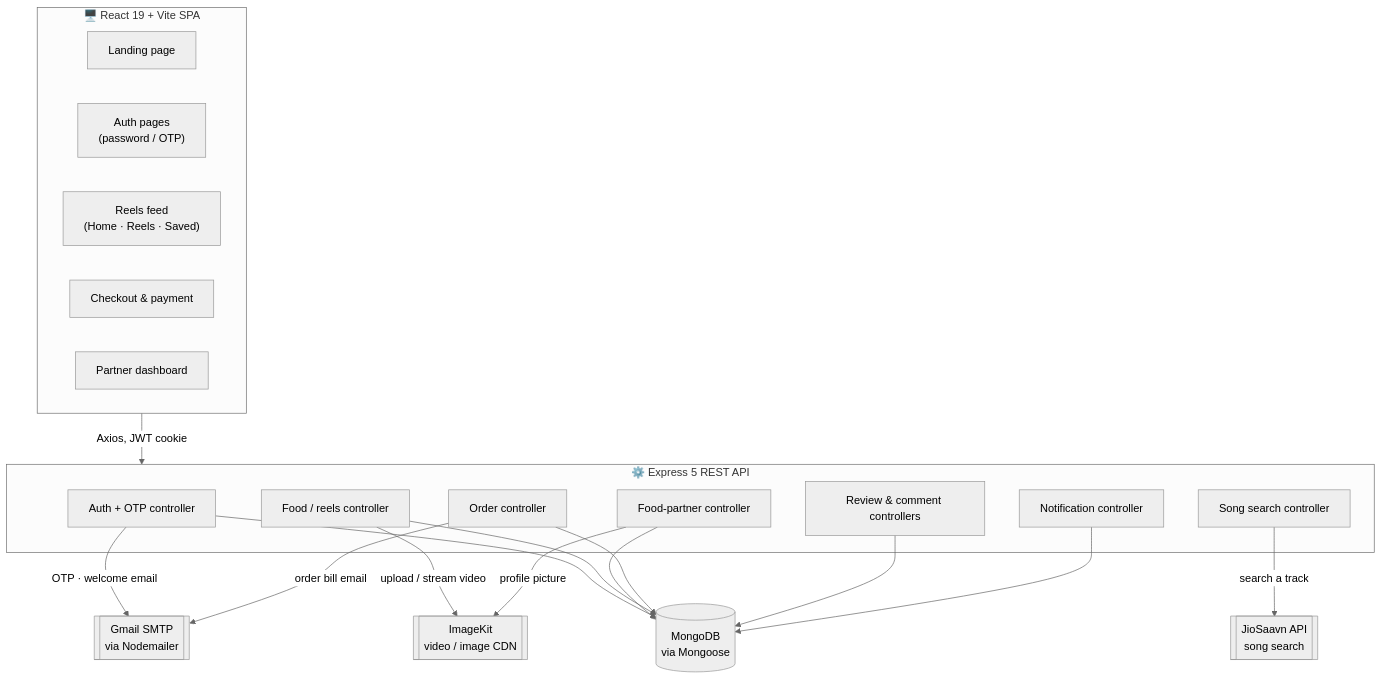
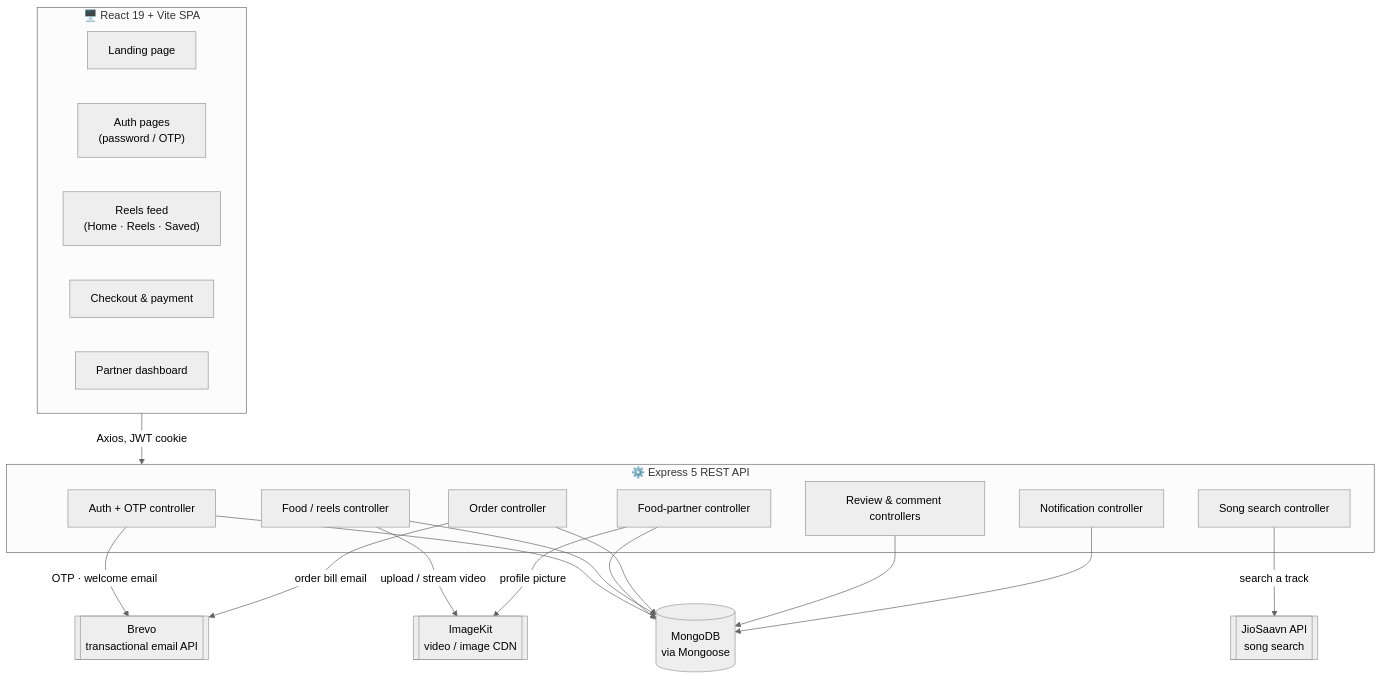
One commit to titoo9201/ZomaFeeds changed the first of 4 diagrams in README.md. Above: the diagram before and after it, drawn with Mermaid (neutral theme). The commit also changed other lines of this file and 4 other files, not shown here.

````diff
--- a/README.md
+++ b/README.md
@@ -117,38 +117,38 @@
 ```mermaid
 flowchart TD
     subgraph Client["🖥️ React 19 + Vite SPA"]
         Landing["Landing page"]
         Auth["Auth pages<br/>(password / OTP)"]
         Reels["Reels feed<br/>(Home · Reels · Saved)"]
         Checkout["Checkout & payment"]
         Dashboard["Partner dashboard"]
     end
 
     subgraph API["⚙️ Express 5 REST API"]
         AuthC["Auth + OTP controller"]
         FoodC["Food / reels controller"]
         PartnerC["Food-partner controller"]
         OrderC["Order controller"]
         ReviewC["Review & comment controllers"]
         SongC["Song search controller"]
         NotifC["Notification controller"]
     end
 
     DB[("MongoDB<br/>via Mongoose")]
     ImageKit[["ImageKit<br/>video / image CDN"]]
-    Gmail[["Gmail SMTP<br/>via Nodemailer"]]
+    Brevo[["Brevo<br/>transactional email API"]]
     Saavn[["JioSaavn API<br/>song search"]]
 
     Client -- "Axios, JWT cookie" --> API
     AuthC --> DB
     FoodC --> DB
     PartnerC --> DB
     OrderC --> DB
     ReviewC --> DB
     NotifC --> DB
     FoodC -- "upload / stream video" --> ImageKit
     PartnerC -- "profile picture" --> ImageKit
-    AuthC -- "OTP · welcome email" --> Gmail
-    OrderC -- "order bill email" --> Gmail
+    AuthC -- "OTP · welcome email" --> Brevo
+    OrderC -- "order bill email" --> Brevo
     SongC -- "search a track" --> Saavn
 ```
````
